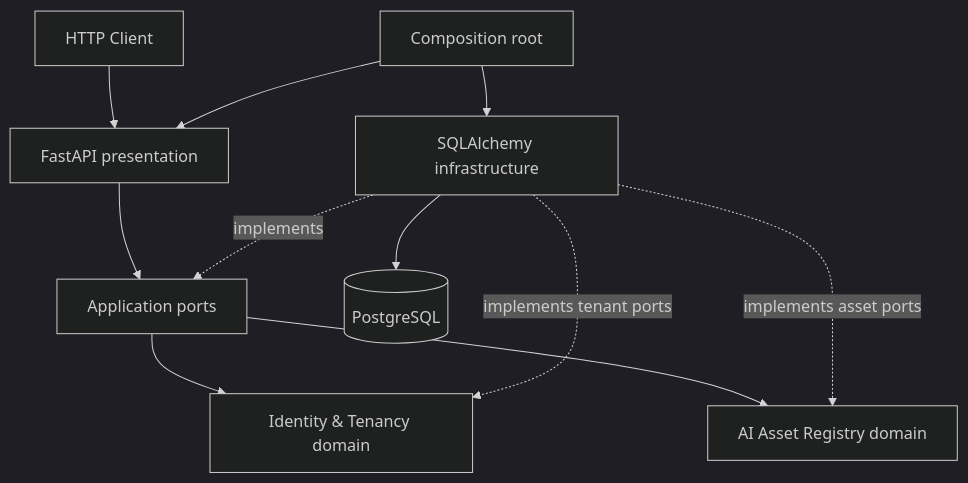
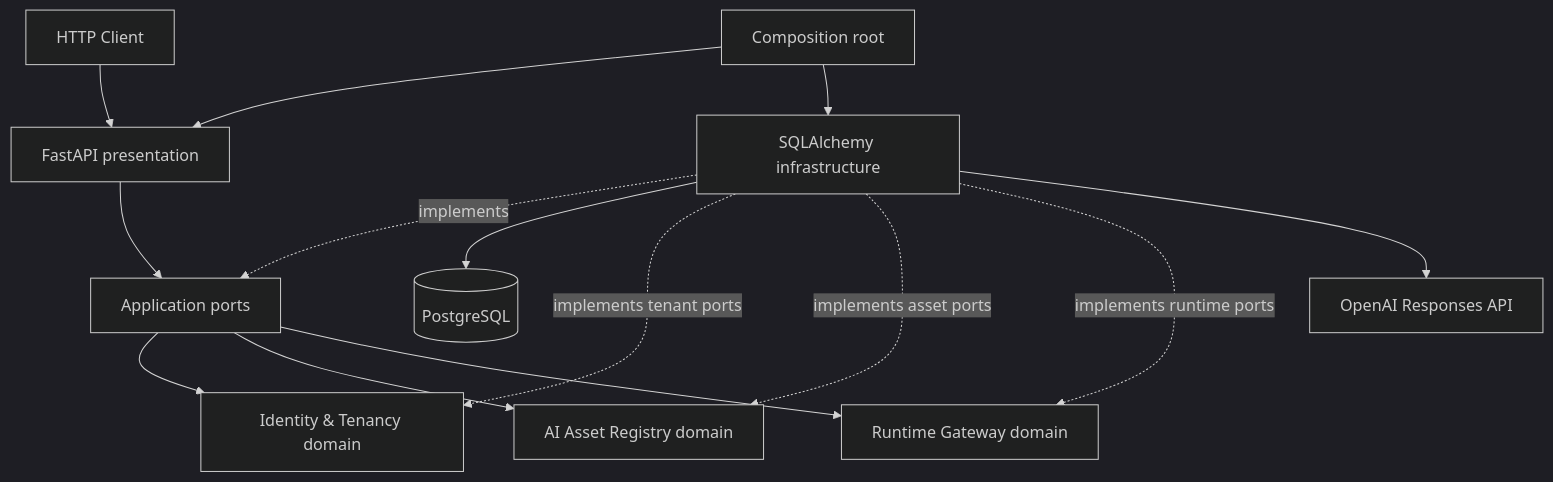
Before and after one commit to mohammadRrza/valor-control-plane: the second of 5 diagrams in docs/architecture/README.md, drawn with Mermaid (dark theme). The commit also changed other lines of this file and 44 other files, not shown here.

````diff
--- a/docs/architecture/README.md
+++ b/docs/architecture/README.md
@@ -19,13 +19,16 @@
 ```mermaid
 flowchart TB
   C[HTTP Client] --> API[FastAPI presentation]
   API --> APP[Application ports]
   BOOT[Composition root] --> API
   BOOT --> INFRA[SQLAlchemy infrastructure]
   INFRA -. implements .-> APP
   INFRA --> PG[(PostgreSQL)]
   APP --> TENANT[Identity & Tenancy domain]
   INFRA -. implements tenant ports .-> TENANT
   APP --> ASSET[AI Asset Registry domain]
   INFRA -. implements asset ports .-> ASSET
+  APP --> RUNTIME[Runtime Gateway domain]
+  INFRA -. implements runtime ports .-> RUNTIME
+  INFRA --> OPENAI[OpenAI Responses API]
 ```
````
